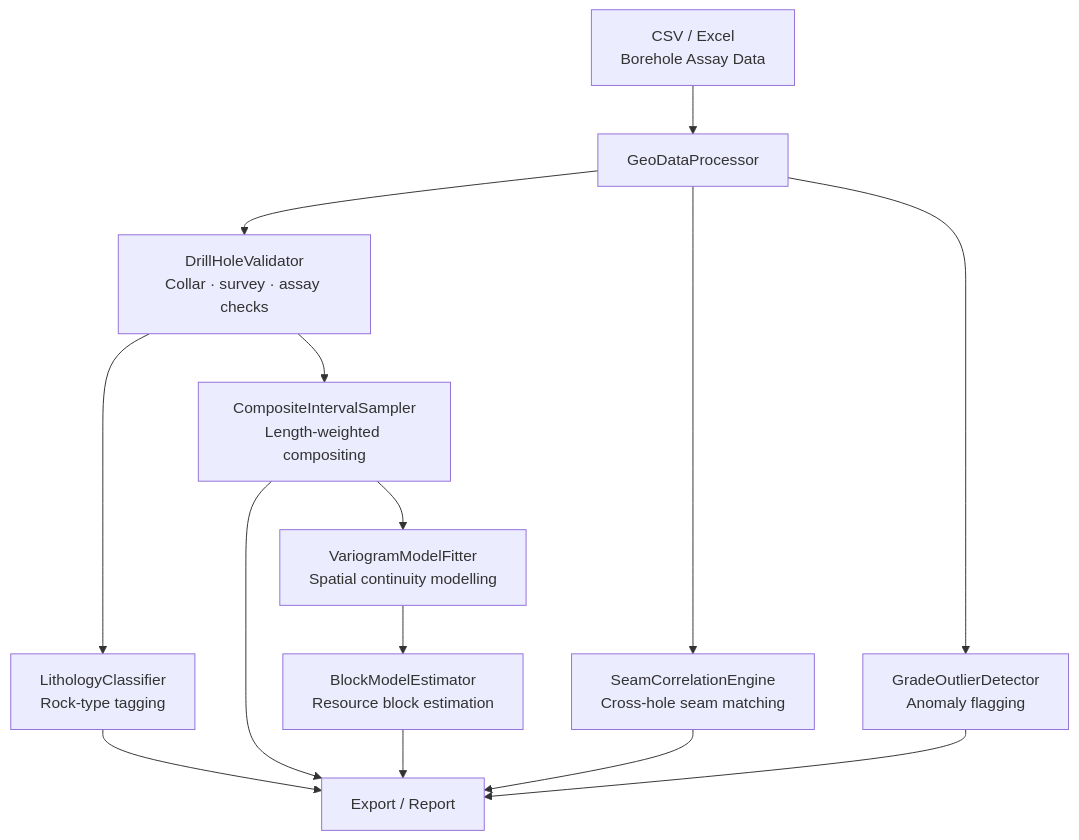
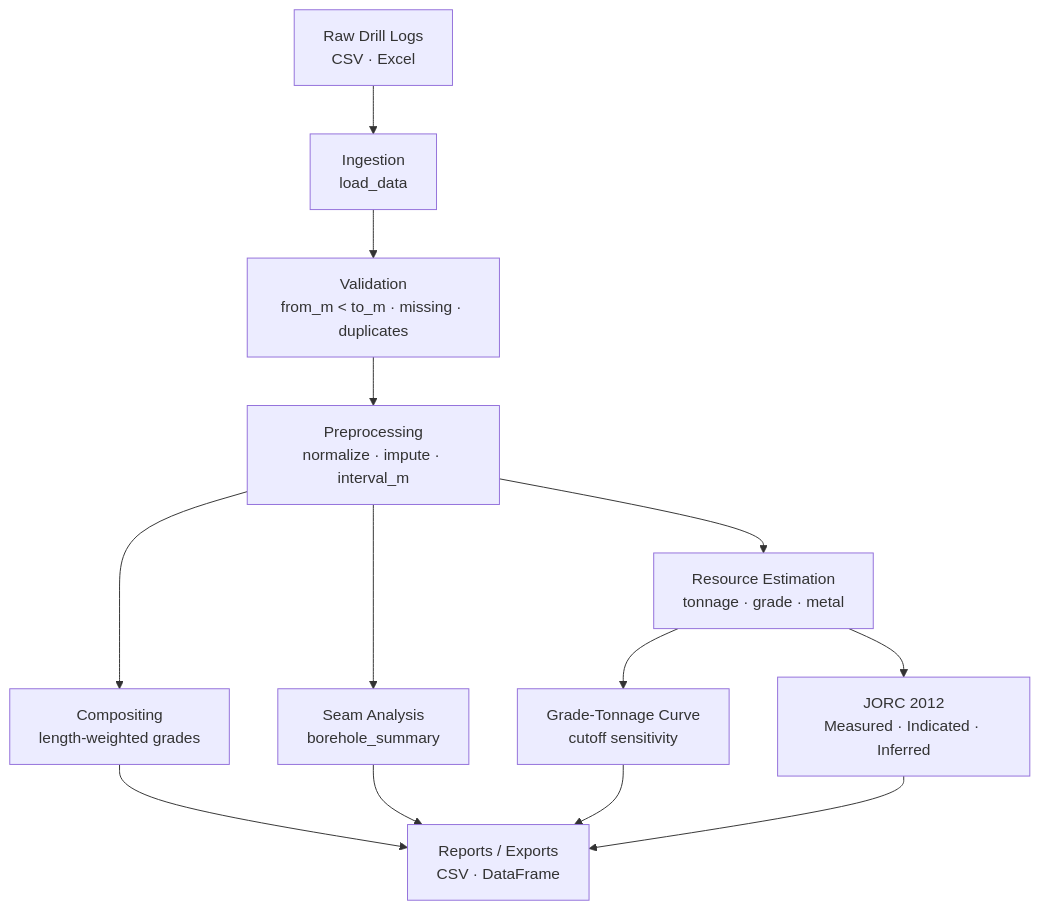
One commit to achmadnaufal/geological-data-processor changed the diagram in README.md. Above: the diagram before and after it, drawn with Mermaid. The commit also changed other lines of this file and 3 other files, not shown here.

Commit message:
docs: add demo output, CLI usage, and architecture diagram

````diff
--- a/README.md
+++ b/README.md
@@ -120,12 +75,12 @@
 ```mermaid
 graph TD
-    A[CSV / Excel\nBorehole Assay Data] --> B[GeoDataProcessor]
-    B --> C[DrillHoleValidator\nCollar · survey · assay checks]
-    C --> D[LithologyClassifier\nRock-type tagging]
-    C --> E[CompositeIntervalSampler\nLength-weighted compositing]
-    E --> F[VariogramModelFitter\nSpatial continuity modelling]
-    F --> G[BlockModelEstimator\nResource block estimation]
-    B --> H[SeamCorrelationEngine\nCross-hole seam matching]
-    B --> I[GradeOutlierDetector\nAnomaly flagging]
-    D & E & G & H & I --> J[Export / Report]
+    A[Raw Drill Logs<br/>CSV · Excel] --> B[Ingestion<br/>load_data]
+    B --> C[Validation<br/>from_m &lt; to_m · missing · duplicates]
+    C --> D[Preprocessing<br/>normalize · impute · interval_m]
+    D --> E[Compositing<br/>length-weighted grades]
+    D --> F[Seam Analysis<br/>borehole_summary]
+    D --> G[Resource Estimation<br/>tonnage · grade · metal]
+    G --> H[Grade-Tonnage Curve<br/>cutoff sensitivity]
+    G --> I[JORC 2012<br/>Measured · Indicated · Inferred]
+    E & F & H & I --> J[Reports / Exports<br/>CSV · DataFrame]
 ```
````
